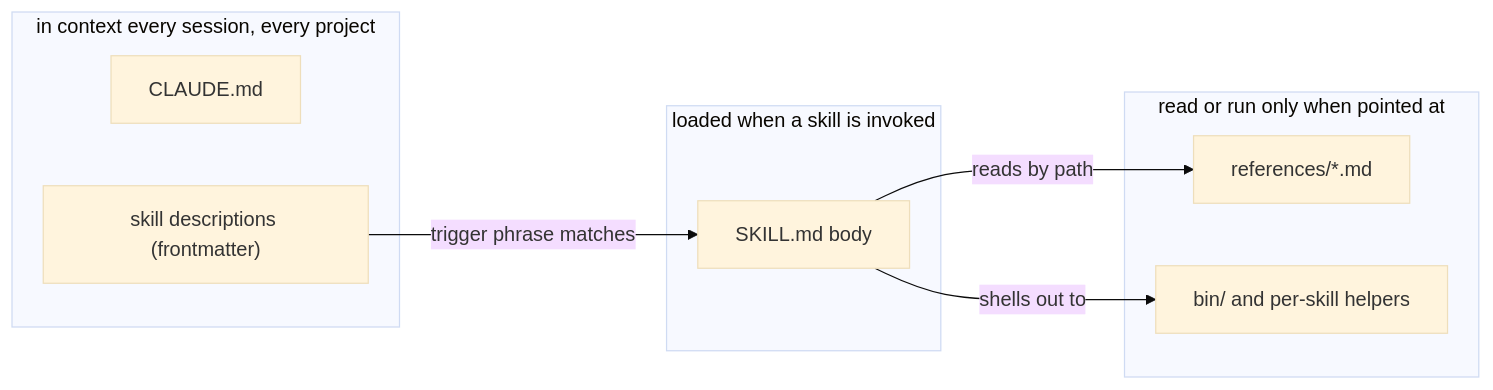
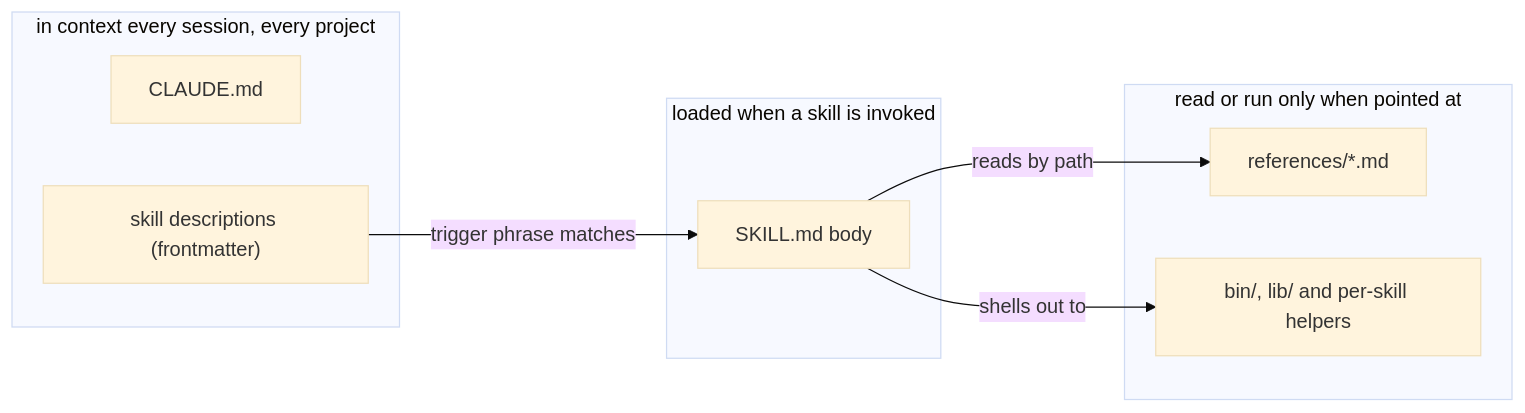
The first of 2 diagrams in README.md (NicoVIII/claude-config), drawn with Mermaid (base theme) before and after one commit. The commit also changed other lines of this file and 9 other files, not shown here.

````diff
--- a/README.md
+++ b/README.md
@@ -125,17 +127,17 @@
 ```mermaid
 flowchart LR
     subgraph always ["in context every session, every project"]
         CM["CLAUDE.md"]
         DESC["skill descriptions (frontmatter)"]
     end
     subgraph invoked ["loaded when a skill is invoked"]
         BODY["SKILL.md body"]
     end
     subgraph demand ["read or run only when pointed at"]
         REF["references/*.md"]
-        BIN["bin/ and per-skill helpers"]
+        BIN["bin/, lib/ and per-skill helpers"]
     end
     DESC -->|"trigger phrase matches"| BODY
     BODY -->|"reads by path"| REF
     BODY -->|"shells out to"| BIN
 ```
````
